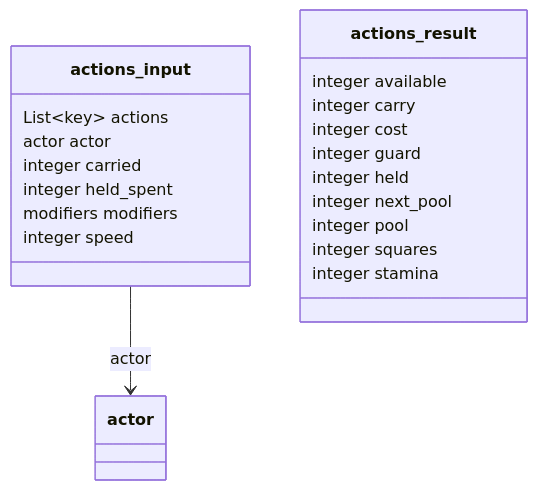
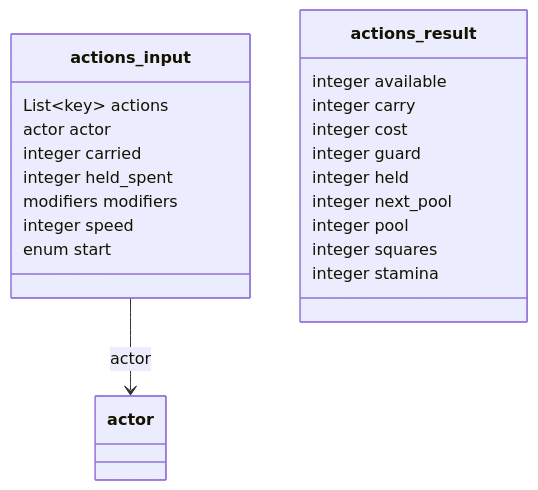
Before and after one commit to SETA1609/riftweave-core: the third of 34 diagrams in docs/backend/contract-diagram.md, drawn with Mermaid. The commit also changed other lines of this file and 305 other files, not shown here.

````diff
--- a/docs/backend/contract-diagram.md
+++ b/docs/backend/contract-diagram.md
@@ -157,24 +178,25 @@
 ```mermaid
 classDiagram
     class actions_input {
         List~key~ actions
         actor actor
         integer carried
         integer held_spent
         modifiers modifiers
         integer speed
+        enum start
     }
     class actions_result {
         integer available
         integer carry
         integer cost
         integer guard
         integer held
         integer next_pool
         integer pool
         integer squares
         integer stamina
     }
     class actor
     actions_input --> actor : actor
 ```
````
